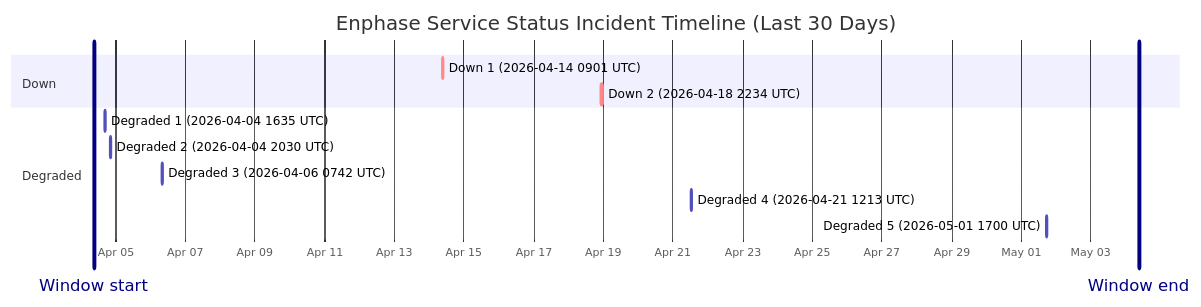
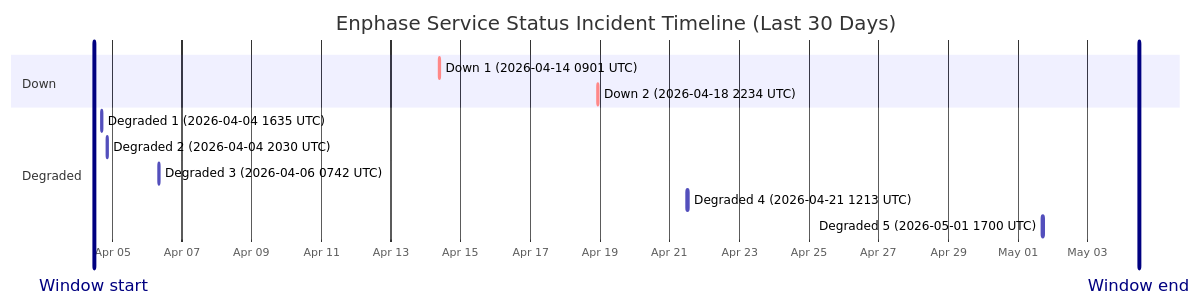
The diagram in wiki/Service-Status-History.md (barneyonline/ha-enphase-ev-charger), drawn with Mermaid before and after one commit. The commit also changed other lines of this file and 3 other files, not shown here.

````diff
--- a/wiki/Service-Status-History.md
+++ b/wiki/Service-Status-History.md
@@ -14,17 +14,17 @@
 ```mermaid
 gantt
     title Enphase Service Status Incident Timeline (Last 30 Days)
     dateFormat  YYYY-MM-DDTHH:mm:ss
     axisFormat  %b %d
-    Window start :vert, window-start, 2026-04-04T09:02:28, 0ms
-    Window end :vert, window-end, 2026-05-04T09:02:28, 0ms
+    Window start :vert, window-start, 2026-04-04T11:21:14, 0ms
+    Window end :vert, window-end, 2026-05-04T11:21:14, 0ms
     section Down
     Down 1 (2026-04-14 0901 UTC) :crit, down-1, 2026-04-14T09:01:13, 60m
     Down 2 (2026-04-18 2234 UTC) :crit, down-2, 2026-04-18T22:34:13, 60m
     section Degraded
     Degraded 1 (2026-04-04 1635 UTC) :active, degraded-1, 2026-04-04T16:35:17, 60m
     Degraded 2 (2026-04-04 2030 UTC) :active, degraded-2, 2026-04-04T20:30:40, 60m
     Degraded 3 (2026-04-06 0742 UTC) :active, degraded-3, 2026-04-06T07:42:09, 85m
     Degraded 4 (2026-04-21 1213 UTC) :active, degraded-4, 2026-04-21T12:13:11, 60m
     Degraded 5 (2026-05-01 1700 UTC) :active, degraded-5, 2026-05-01T17:00:22, 60m
 ```
````
